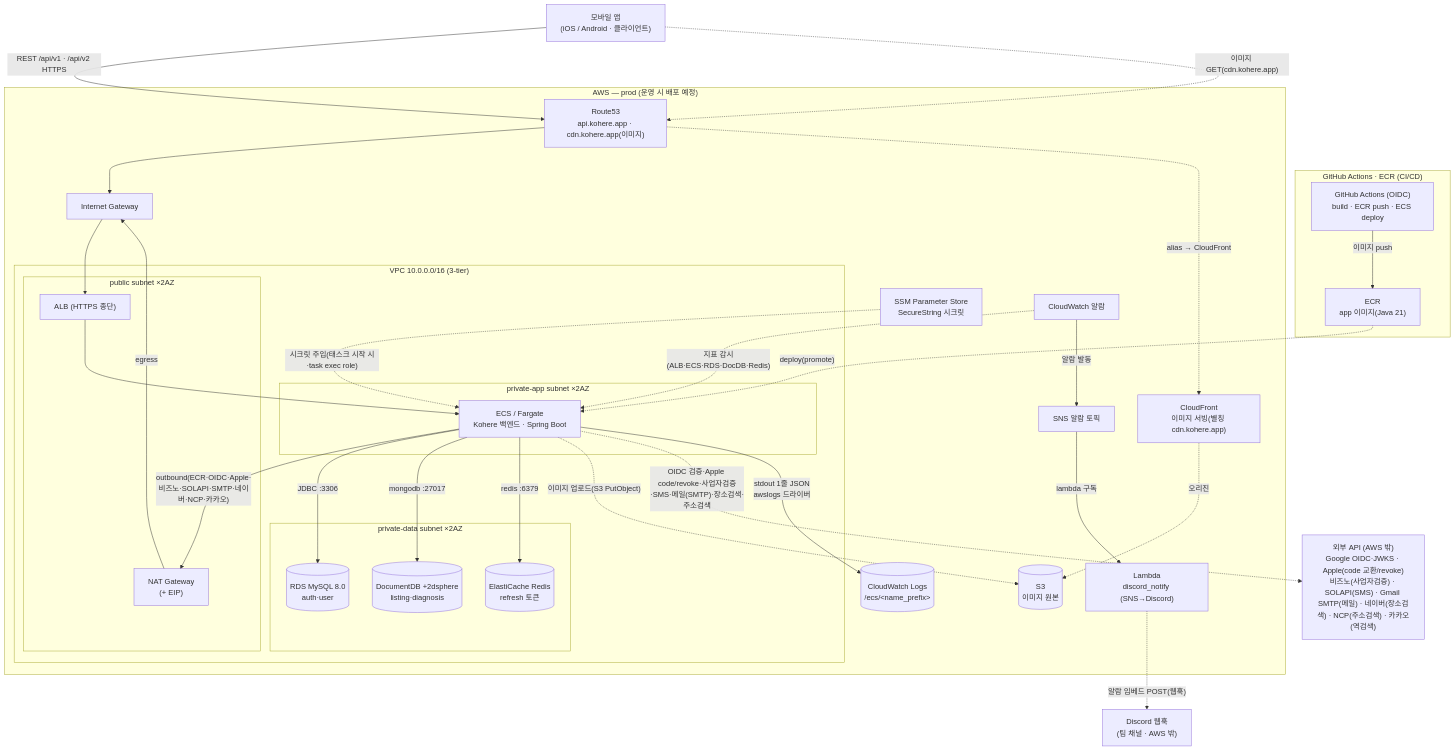
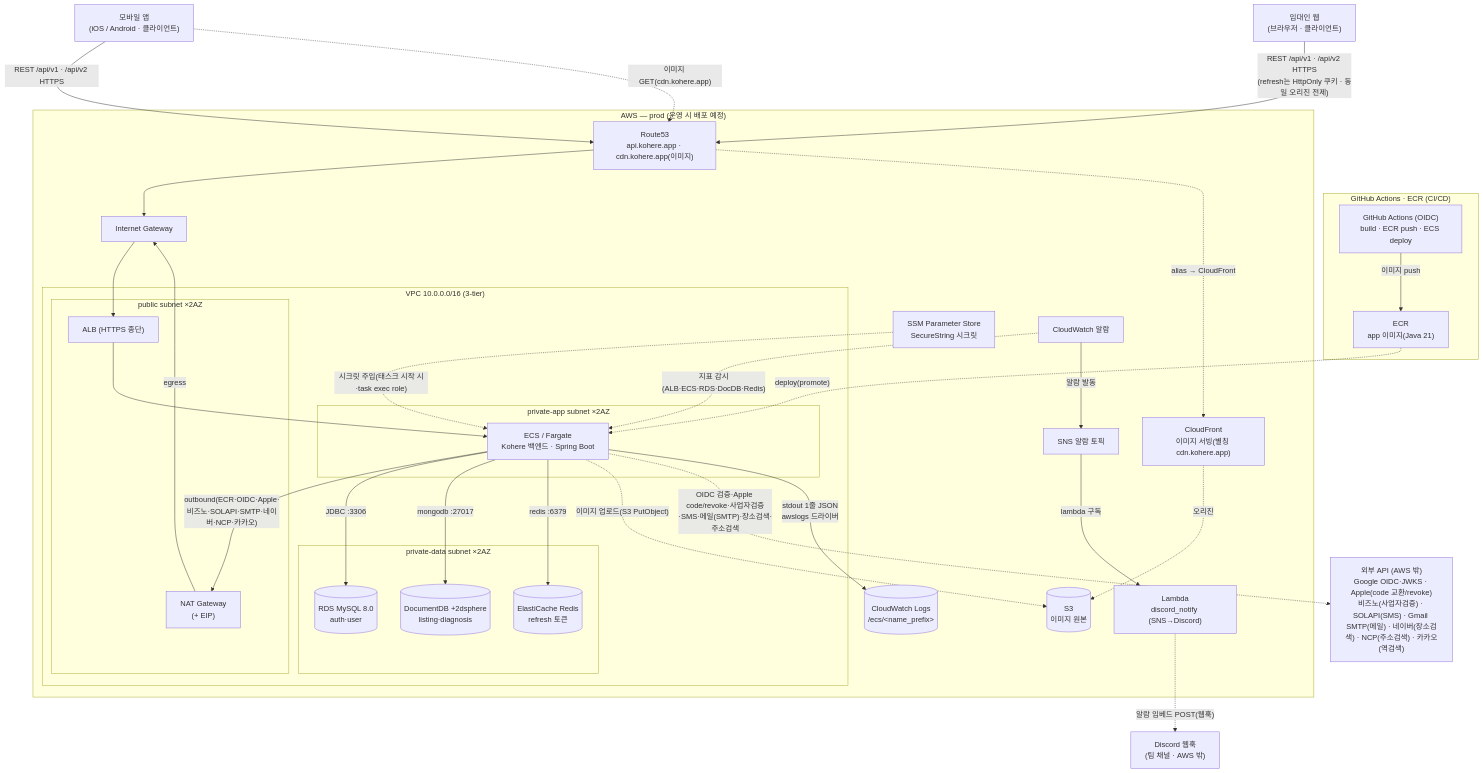
The fourth of 5 diagrams in docs/architecture/system-overview.md (jameskim9509/Kohere-backend), drawn with Mermaid before and after one commit. The commit also changed other lines of this file and 134 other files, not shown here.

````diff
--- a/docs/architecture/system-overview.md
+++ b/docs/architecture/system-overview.md
@@ -214,60 +222,62 @@
 ```mermaid
 flowchart TB
     APP["모바일 앱<br/>(iOS / Android · 클라이언트)"]
+    WEBC["임대인 웹<br/>(브라우저 · 클라이언트)"]
     EXT["외부 API (AWS 밖)<br/>Google OIDC·JWKS · Apple(code 교환/revoke)<br/>비즈노(사업자검증) · SOLAPI(SMS) · Gmail SMTP(메일) · 네이버(장소검색) · NCP(주소검색) · 카카오(역검색)"]
     DISCORD["Discord 웹훅<br/>(팀 채널 · AWS 밖)"]
 
     subgraph CICD["GitHub Actions · ECR (CI/CD)"]
       GHA["GitHub Actions (OIDC)<br/>build · ECR push · ECS deploy"]
       ECR["ECR<br/>app 이미지(Java 21)"]
     end
 
     subgraph AWS["AWS — prod (운영 시 배포 예정)"]
       R53["Route53<br/>api.kohere.app · cdn.kohere.app(이미지)"]
       CF["CloudFront<br/>이미지 서빙(별칭 cdn.kohere.app)"]
       S3IMG[("S3<br/>이미지 원본")]
       SSM["SSM Parameter Store<br/>SecureString 시크릿"]
       CW["CloudWatch 알람"]
       CWLOG[("CloudWatch Logs<br/>/ecs/&lt;name_prefix&gt;")]
       SNS["SNS 알람 토픽"]
       LMBD["Lambda<br/>discord_notify (SNS→Discord)"]
       IGW["Internet Gateway"]
       subgraph VPC["VPC 10.0.0.0/16 (3-tier)"]
         subgraph PUB["public subnet ×2AZ"]
           ALB["ALB (HTTPS 종단)"]
           NAT["NAT Gateway<br/>(+ EIP)"]
         end
         subgraph APPNET["private-app subnet ×2AZ"]
           FARGATE["ECS / Fargate<br/>Kohere 백엔드 · Spring Boot"]
         end
         subgraph DATANET["private-data subnet ×2AZ"]
           RDS[("RDS MySQL 8.0<br/>auth·user")]
           MONGO[("DocumentDB +2dsphere<br/>listing·diagnosis")]
           ELASTI[("ElastiCache Redis<br/>refresh 토큰")]
         end
       end
     end
 
     GHA -- "이미지 push" --> ECR
     ECR -. "deploy(promote)" .-> FARGATE
     APP -- "REST /api/v1 · /api/v2 HTTPS" --> R53
+    WEBC -- "REST /api/v1 · /api/v2 HTTPS<br/>(refresh는 HttpOnly 쿠키 · 동일 오리진 전제)" --> R53
     R53 --> IGW
     IGW --> ALB
     ALB --> FARGATE
     FARGATE -- "outbound(ECR·OIDC·Apple·비즈노·SOLAPI·SMTP·네이버·NCP·카카오)" --> NAT
     NAT -- "egress" --> IGW
     SSM -. "시크릿 주입(태스크 시작 시·task exec role)" .-> FARGATE
     FARGATE -- "JDBC :3306" --> RDS
     FARGATE -- "mongodb :27017" --> MONGO
     FARGATE -- "redis :6379" --> ELASTI
     FARGATE -. "이미지 업로드(S3 PutObject)" .-> S3IMG
     CF -. "오리진" .-> S3IMG
     APP -. "이미지 GET(cdn.kohere.app)" .-> R53
     R53 -. "alias → CloudFront" .-> CF
     FARGATE -. "OIDC 검증·Apple code/revoke·사업자검증·SMS·메일(SMTP)·장소검색·주소검색" .-> EXT
     CW -. "지표 감시(ALB·ECS·RDS·DocDB·Redis)" .-> FARGATE
     FARGATE -- "stdout 1줄 JSON<br/>awslogs 드라이버" --> CWLOG
     CW -- "알람 발동" --> SNS
     SNS -- "lambda 구독" --> LMBD
     LMBD -. "알람 임베드 POST(웹훅)" .-> DISCORD
 ```
````
